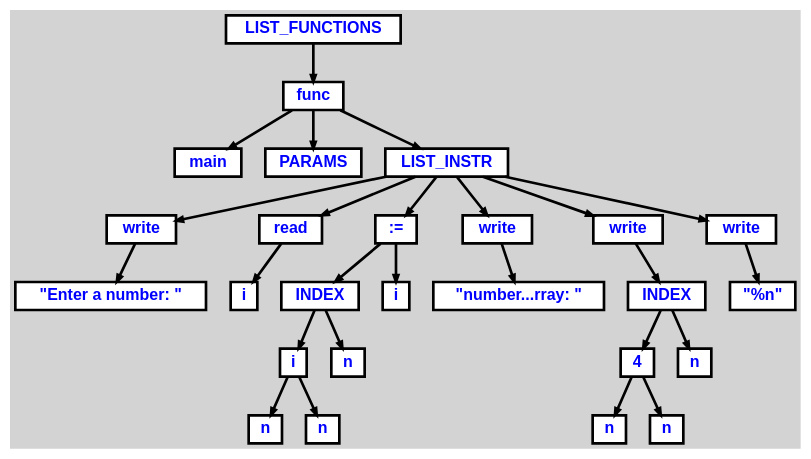
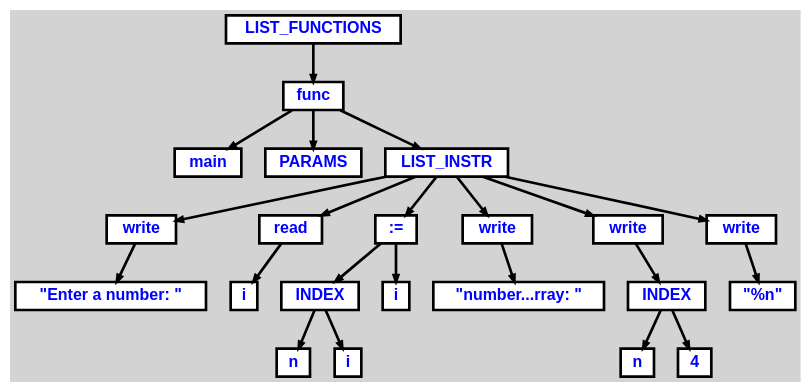
One commit to Outer2g/CL changed the diagram in Interpreter/Asl/file.dot. Above: the diagram before and after it, drawn with Graphviz. The commit also changed 34 other files, not shown here.

```diff
--- a/Interpreter/Asl/file.dot
+++ b/Interpreter/Asl/file.dot
@@ -1,74 +1,64 @@
 digraph {
 
 	ordering=out;
 	ranksep=.4;
 	bgcolor="lightgrey"; node [shape=box, fixedsize=false, fontsize=12, fontname="Helvetica-bold", fontcolor="blue"
 		width=.25, height=.25, color="black", fillcolor="white", style="filled, solid, bold"];
 	edge [arrowsize=.5, color="black", style="bold"]
 
   n0 [label="LIST_FUNCTIONS"];
   n1 [label="func"];
   n1 [label="func"];
   n2 [label="main"];
   n3 [label="PARAMS"];
   n4 [label="LIST_INSTR"];
   n4 [label="LIST_INSTR"];
   n5 [label="write"];
   n5 [label="write"];
   n6 [label="\"Enter a number: \""];
   n7 [label="read"];
   n7 [label="read"];
   n8 [label="i"];
   n9 [label=":="];
   n9 [label=":="];
   n10 [label="INDEX"];
   n10 [label="INDEX"];
-  n11 [label="i"];
-  n11 [label="i"];
-  n12 [label="n"];
-  n13 [label="n"];
-  n14 [label="n"];
-  n15 [label="i"];
+  n11 [label="n"];
+  n12 [label="i"];
+  n13 [label="i"];
+  n14 [label="write"];
+  n14 [label="write"];
+  n15 [label="\"number...rray: \""];
   n16 [label="write"];
   n16 [label="write"];
-  n17 [label="\"number...rray: \""];
-  n18 [label="write"];
-  n18 [label="write"];
-  n19 [label="INDEX"];
-  n19 [label="INDEX"];
-  n20 [label="4"];
-  n20 [label="4"];
-  n21 [label="n"];
-  n22 [label="n"];
-  n23 [label="n"];
-  n24 [label="write"];
-  n24 [label="write"];
-  n25 [label="\"%n\""];
+  n17 [label="INDEX"];
+  n17 [label="INDEX"];
+  n18 [label="n"];
+  n19 [label="4"];
+  n20 [label="write"];
+  n20 [label="write"];
+  n21 [label="\"%n\""];
 
   n0 -> n1 // "LIST_FUNCTIONS" -> "func"
   n1 -> n2 // "func" -> "main"
   n1 -> n3 // "func" -> "PARAMS"
   n1 -> n4 // "func" -> "LIST_INSTR"
   n4 -> n5 // "LIST_INSTR" -> "write"
   n5 -> n6 // "write" -> "\"Enter a number: \""
   n4 -> n7 // "LIST_INSTR" -> "read"
   n7 -> n8 // "read" -> "i"
   n4 -> n9 // "LIST_INSTR" -> ":="
   n9 -> n10 // ":=" -> "INDEX"
-  n10 -> n11 // "INDEX" -> "i"
-  n11 -> n12 // "i" -> "n"
-  n11 -> n13 // "i" -> "n"
-  n10 -> n14 // "INDEX" -> "n"
-  n9 -> n15 // ":=" -> "i"
+  n10 -> n11 // "INDEX" -> "n"
+  n10 -> n12 // "INDEX" -> "i"
+  n9 -> n13 // ":=" -> "i"
+  n4 -> n14 // "LIST_INSTR" -> "write"
+  n14 -> n15 // "write" -> "\"number...rray: \""
   n4 -> n16 // "LIST_INSTR" -> "write"
-  n16 -> n17 // "write" -> "\"number...rray: \""
-  n4 -> n18 // "LIST_INSTR" -> "write"
-  n18 -> n19 // "write" -> "INDEX"
-  n19 -> n20 // "INDEX" -> "4"
-  n20 -> n21 // "4" -> "n"
-  n20 -> n22 // "4" -> "n"
-  n19 -> n23 // "INDEX" -> "n"
-  n4 -> n24 // "LIST_INSTR" -> "write"
-  n24 -> n25 // "write" -> "\"%n\""
+  n16 -> n17 // "write" -> "INDEX"
+  n17 -> n18 // "INDEX" -> "n"
+  n17 -> n19 // "INDEX" -> "4"
+  n4 -> n20 // "LIST_INSTR" -> "write"
+  n20 -> n21 // "write" -> "\"%n\""
 
 }
```
